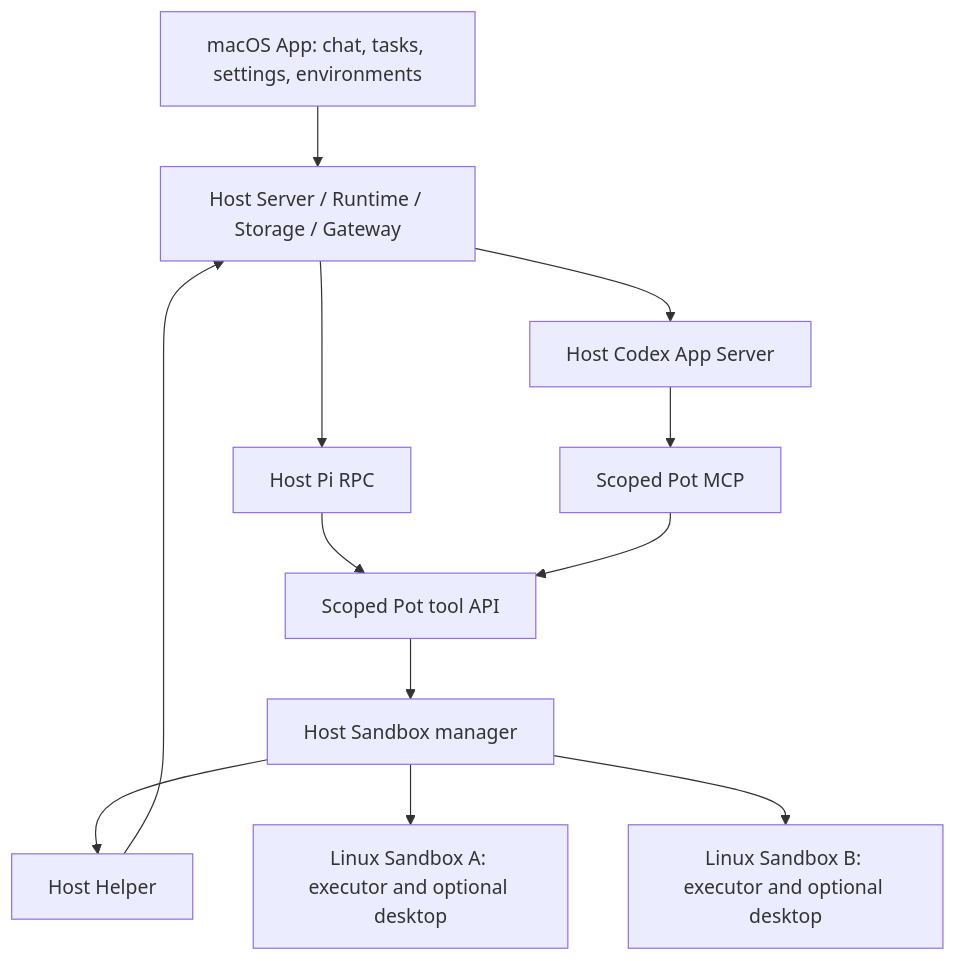
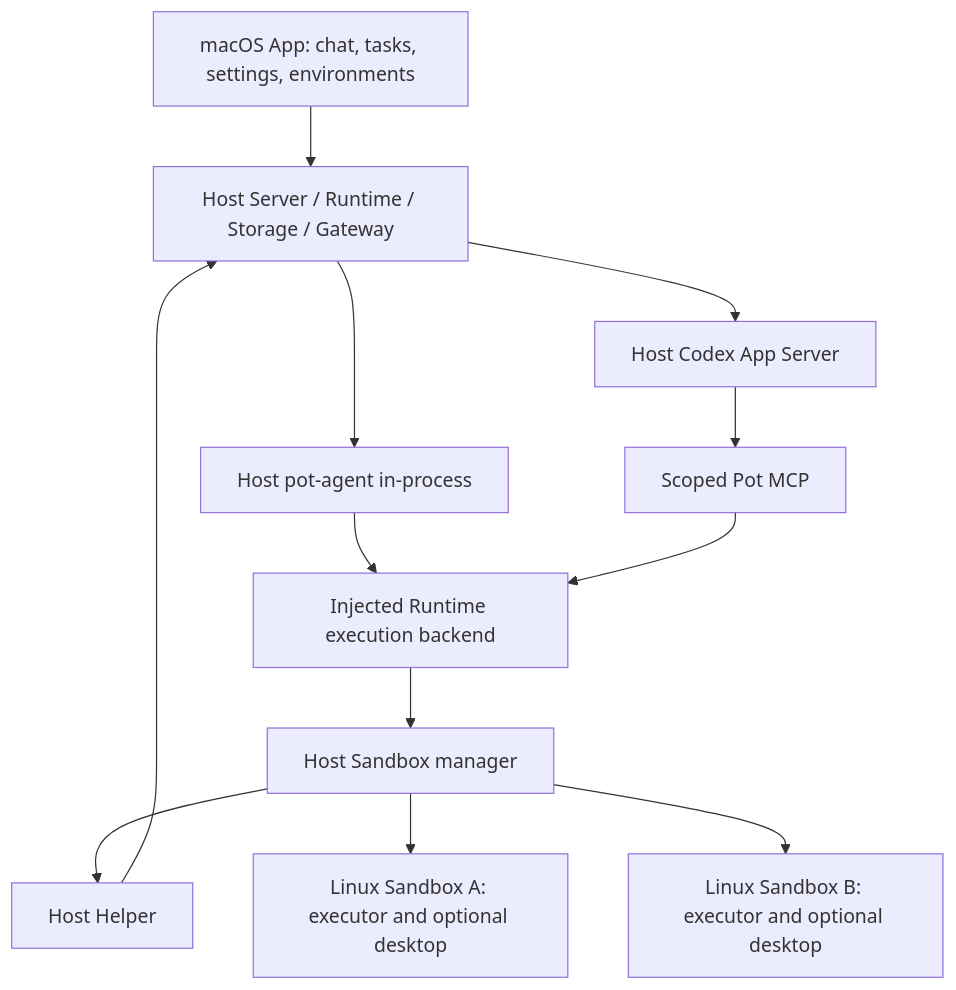
One commit to jjyr/pot changed the diagram in docs/architecture.md. Above: the diagram before and after it, drawn with Mermaid. The commit also changed other lines of this file and 76 other files, not shown here.

Commit message:
Run Host pot-agent tools in managed Sandboxes

````diff
--- a/docs/architecture.md
+++ b/docs/architecture.md
@@ -5,14 +5,14 @@
 ```mermaid
 flowchart TB
     App[macOS App: chat, tasks, settings, environments] --> Server[Host Server / Runtime / Storage / Gateway]
     Helper[Host Helper] --> Server
-    Server --> Pi[Host Pi RPC]
+    Server --> Pot[Host pot-agent in-process]
     Server --> Codex[Host Codex App Server]
-    Pi --> Tools[Scoped Pot tool API]
+    Pot --> Tools[Injected Runtime execution backend]
     Codex --> MCP[Scoped Pot MCP]
     MCP --> Tools
     Tools --> Manager[Host Sandbox manager]
     Manager --> Helper
     Manager --> A[Linux Sandbox A: executor and optional desktop]
     Manager --> B[Linux Sandbox B: executor and optional desktop]
 ```
````
